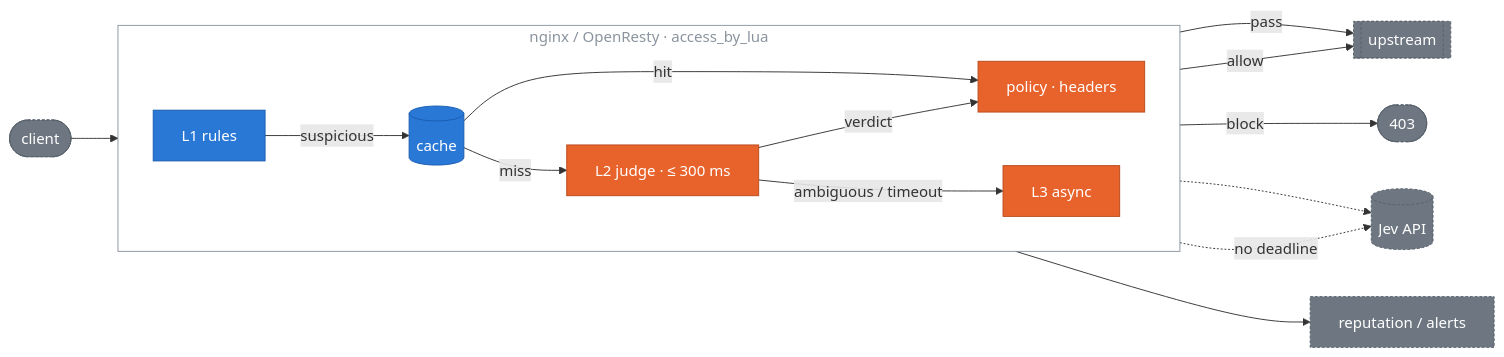
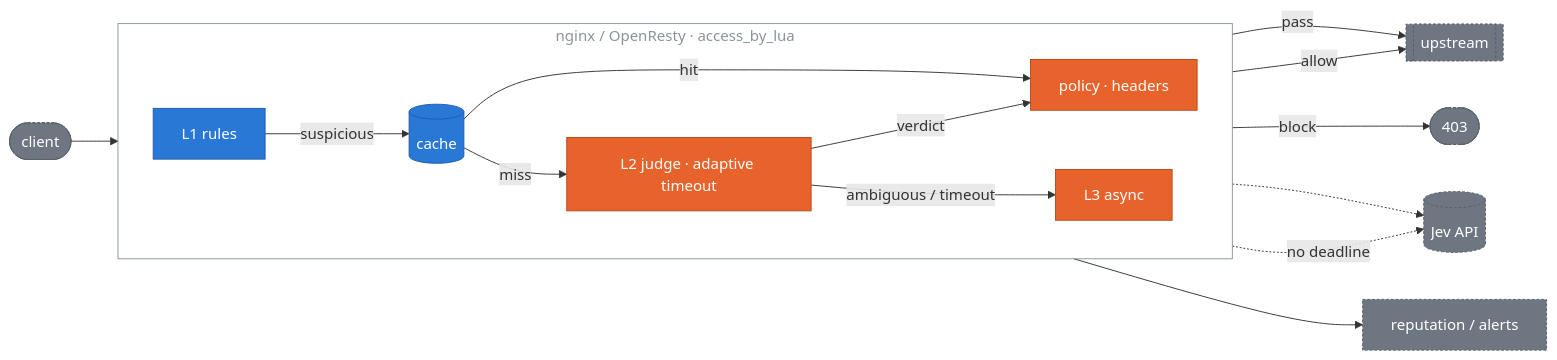
One commit to kiwi0719/jev-edge changed the diagram in docs/design.md. Above: the diagram before and after it, drawn with Mermaid. The commit also changed other lines of this file and 47 other files, not shown here.

````diff
--- a/docs/design.md
+++ b/docs/design.md
@@ -27,26 +27,26 @@
 ```mermaid
 flowchart LR
     client([client]) --> L1
     subgraph edge [nginx / OpenResty · access_by_lua]
         direction LR
         L1[L1 rules] -->|suspicious| cache[(cache)]
-        cache -->|miss| L2[L2 judge · ≤ 300 ms]
+        cache -->|miss| L2[L2 judge · adaptive timeout]
         cache -->|hit| policy
         L2 -->|verdict| policy[policy · headers]
         L2 -->|ambiguous / timeout| L3[L3 async]
     end
     L1 -->|pass| up[[upstream]]
     policy -->|allow| up
     policy -->|block| deny([403])
     L2 -.-> jev[(Jev API)]
     L3 -.->|no deadline| jev
     L3 --> rep[reputation / alerts]
 
     classDef cheap fill:#2a78d6,stroke:#1a5cb0,color:#ffffff
     classDef judge fill:#e8632c,stroke:#b84a1a,color:#ffffff
     classDef ext fill:#6e7781,stroke:#57606a,color:#ffffff,stroke-dasharray:3 2
     class L1,cache cheap
     class L2,L3,policy judge
     class client,up,deny,jev,rep ext
     style edge fill:transparent,stroke:#8b949e,color:#8b949e
 ```
````
